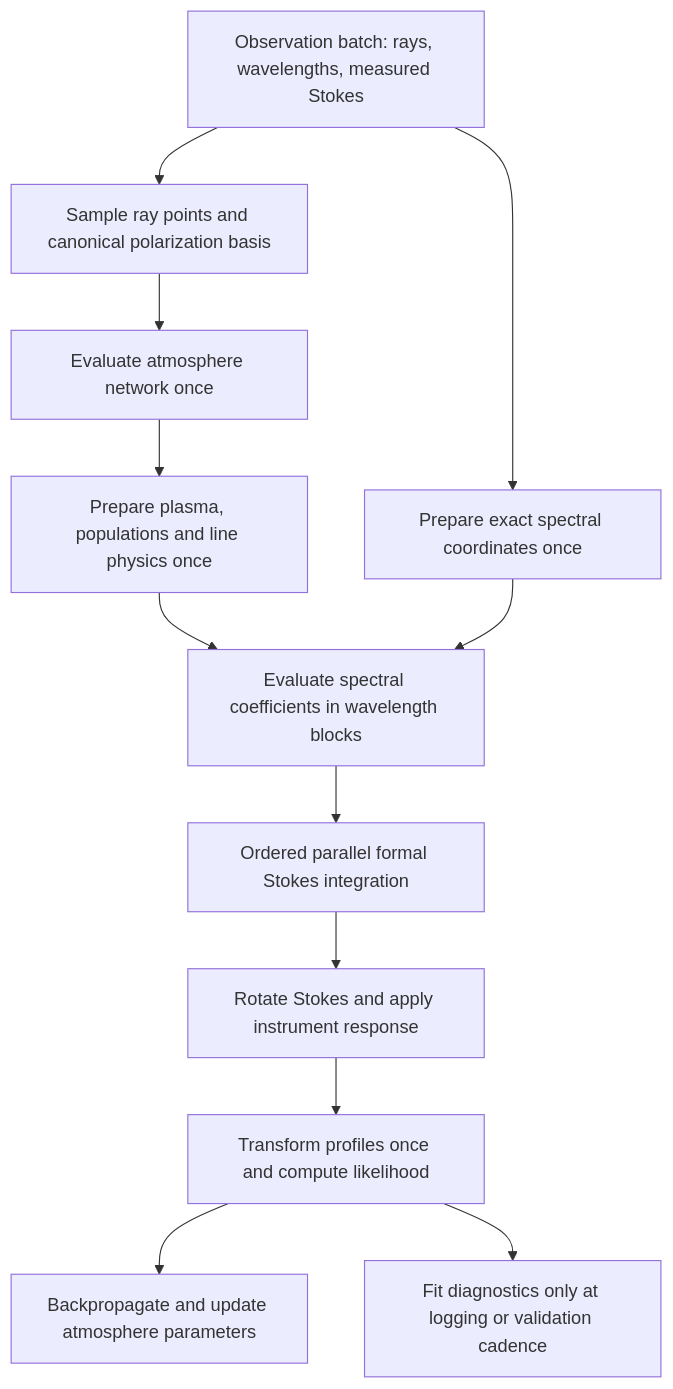
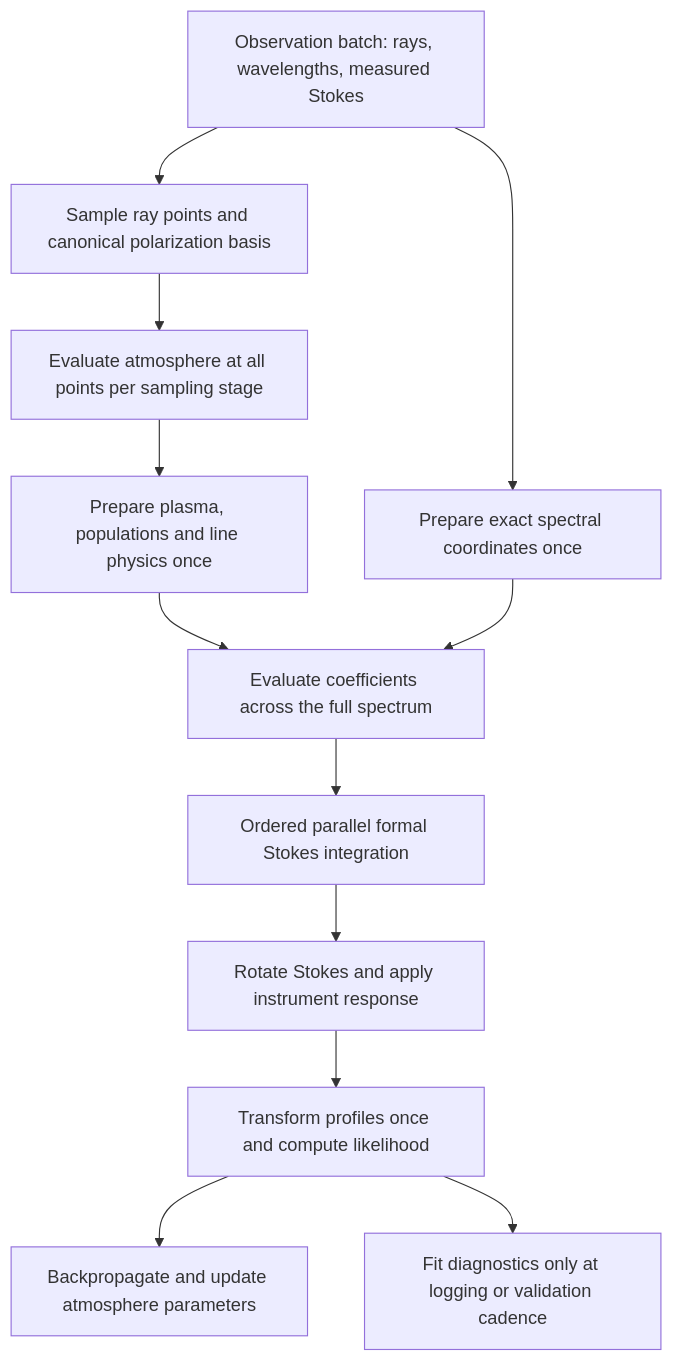
The diagram in docs/architecture.md (RobertJaro/pinn-me), drawn with Mermaid before and after one commit. The commit also changed other lines of this file and 168 other files, not shown here.

````diff
--- a/docs/architecture.md
+++ b/docs/architecture.md
@@ -15,14 +15,14 @@
 ```mermaid
 flowchart TD
     batch[Observation batch: rays, wavelengths, measured Stokes] --> rays[Sample ray points and canonical polarization basis]
-    rays --> atmosphere[Evaluate atmosphere network once]
+    rays --> atmosphere[Evaluate atmosphere at all points per sampling stage]
     atmosphere --> physics[Prepare plasma, populations and line physics once]
     batch --> queries[Prepare exact spectral coordinates once]
-    physics --> coefficients[Evaluate spectral coefficients in wavelength blocks]
+    physics --> coefficients[Evaluate coefficients across the full spectrum]
     queries --> coefficients
     coefficients --> transfer[Ordered parallel formal Stokes integration]
     transfer --> detector[Rotate Stokes and apply instrument response]
     detector --> objective[Transform profiles once and compute likelihood]
     objective --> update[Backpropagate and update atmosphere parameters]
     objective --> diagnostics[Fit diagnostics only at logging or validation cadence]
 ```
````
